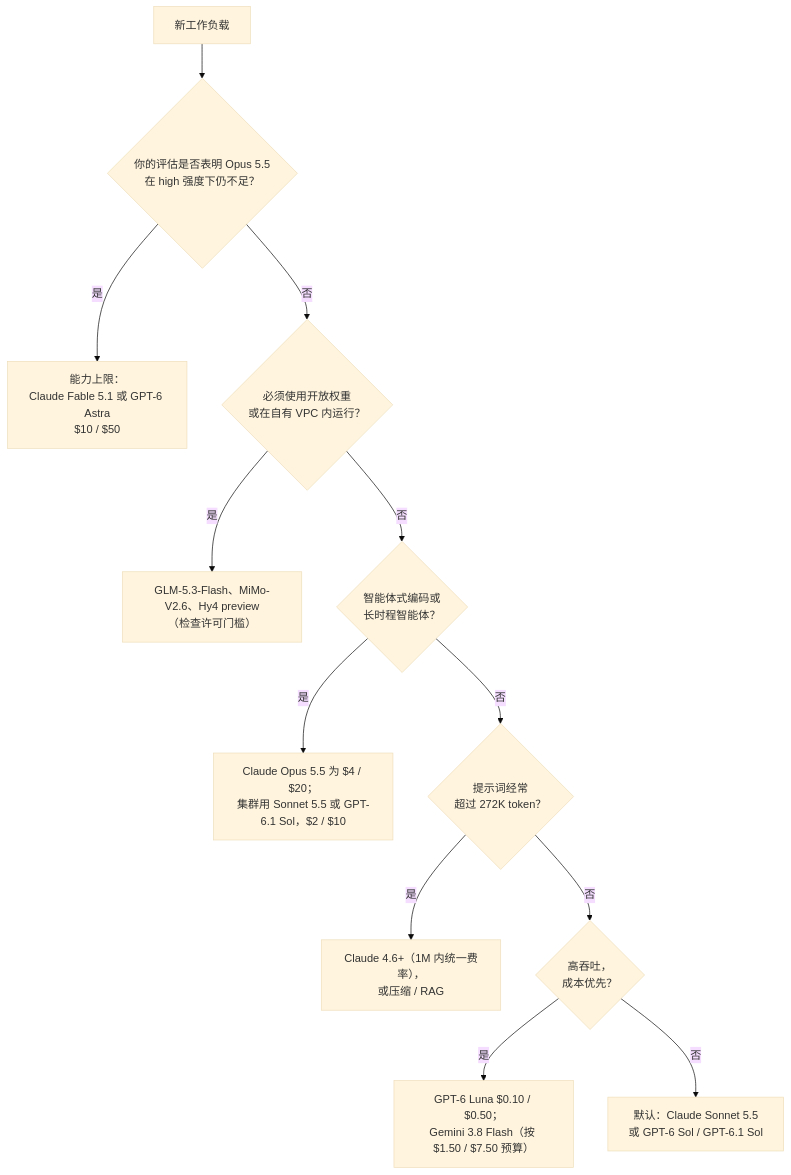
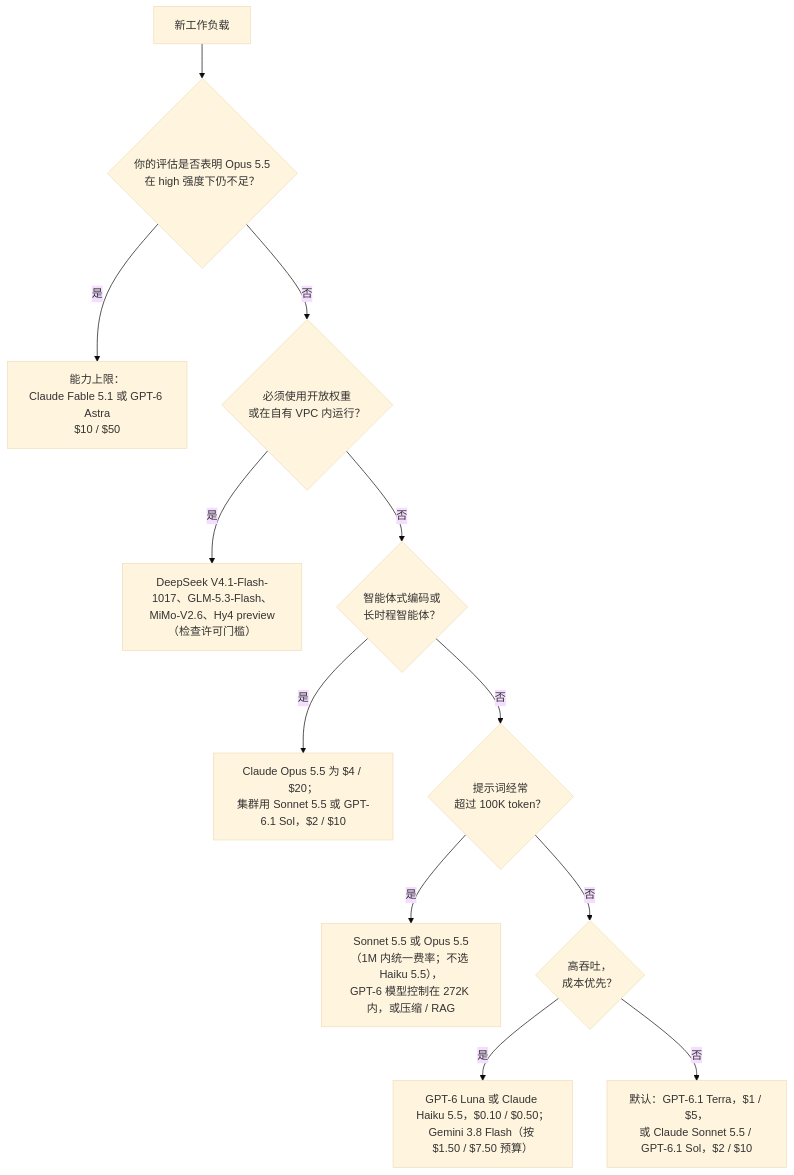
Before and after one commit to ChiHoc/ai-system-design-guide-zh: the diagram in 02-model-landscape/04-model-selection-guide.md, drawn with Mermaid (base theme). The commit also changed other lines of this file and 112 other files, not shown here.

````diff
--- a/02-model-landscape/04-model-selection-guide.md
+++ b/02-model-landscape/04-model-selection-guide.md
@@ -22,14 +22,14 @@
 ```mermaid
 flowchart TD
     A["新工作负载"] --> B{"你的评估是否表明 Opus 5.5<br/>在 high 强度下仍不足？"}
     B -- 是 --> C["能力上限：<br/>Claude Fable 5.1 或 GPT-6 Astra<br/>$10 / $50"]
     B -- 否 --> D{"必须使用开放权重<br/>或在自有 VPC 内运行？"}
-    D -- 是 --> E["GLM-5.3-Flash、MiMo-V2.6、Hy4 preview<br/>（检查许可门槛）"]
+    D -- 是 --> E["DeepSeek V4.1-Flash-1017、GLM-5.3-Flash、<br/>MiMo-V2.6、Hy4 preview（检查许可门槛）"]
     D -- 否 --> F{"智能体式编码或<br/>长时程智能体？"}
     F -- 是 --> G["Claude Opus 5.5 为 $4 / $20；<br/>集群用 Sonnet 5.5 或 GPT-6.1 Sol，$2 / $10"]
-    F -- 否 --> H{"提示词经常<br/>超过 272K token？"}
-    H -- 是 --> I["Claude 4.6+（1M 内统一费率），<br/>或压缩 / RAG"]
+    F -- 否 --> H{"提示词经常<br/>超过 100K token？"}
+    H -- 是 --> I["Sonnet 5.5 或 Opus 5.5（1M 内统一费率；不选 Haiku 5.5），<br/>GPT-6 模型控制在 272K 内，或压缩 / RAG"]
     H -- 否 --> J{"高吞吐，<br/>成本优先？"}
-    J -- 是 --> K["GPT-6 Luna $0.10 / $0.50；<br/>Gemini 3.8 Flash（按 $1.50 / $7.50 预算）"]
-    J -- 否 --> L["默认：Claude Sonnet 5.5<br/>或 GPT-6 Sol / GPT-6.1 Sol"]
+    J -- 是 --> K["GPT-6 Luna 或 Claude Haiku 5.5，$0.10 / $0.50；<br/>Gemini 3.8 Flash（按 $1.50 / $7.50 预算）"]
+    J -- 否 --> L["默认：GPT-6.1 Terra，$1 / $5，<br/>或 Claude Sonnet 5.5 / GPT-6.1 Sol，$2 / $10"]
 ```
````
